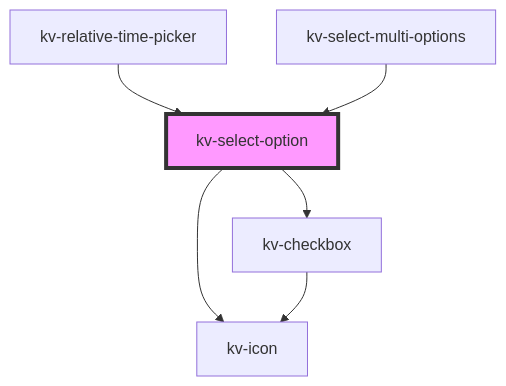
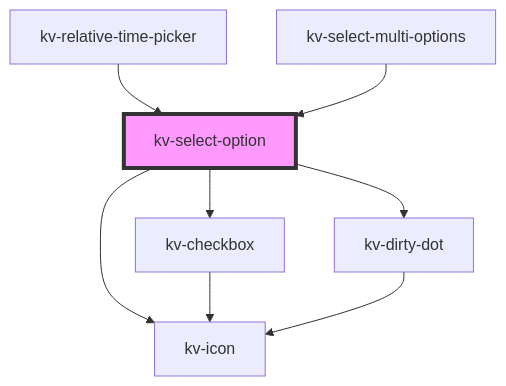
Before and after one commit to kelvininc/ui-components: the diagram in packages/ui-components/src/components/select-option/readme.md, drawn with Mermaid. The commit also changed other lines of this file and 27 other files, not shown here.

Commit message:
feat: create 'kv-dirty-dot' component

````diff
--- a/packages/ui-components/src/components/select-option/readme.md
+++ b/packages/ui-components/src/components/select-option/readme.md
@@ -104,9 +106,11 @@
 ```mermaid
 graph TD;
   kv-select-option --> kv-checkbox
   kv-select-option --> kv-icon
+  kv-select-option --> kv-dirty-dot
   kv-checkbox --> kv-icon
+  kv-dirty-dot --> kv-icon
   kv-relative-time-picker --> kv-select-option
   kv-select-multi-options --> kv-select-option
   style kv-select-option fill:#f9f,stroke:#333,stroke-width:4px
 ```
````
